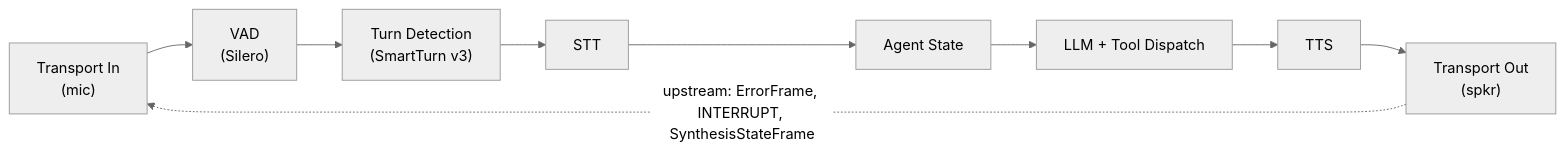
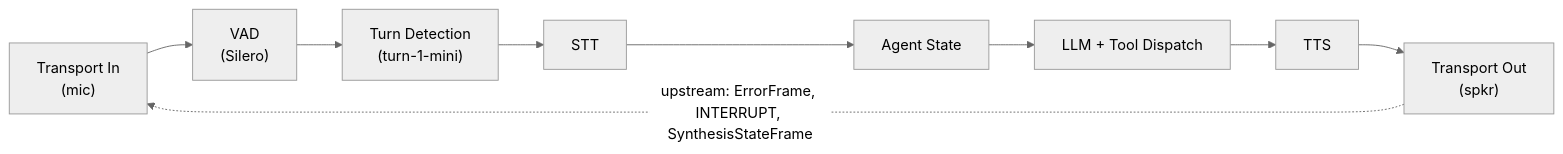
Before and after one commit to fatehmtd/VASDK: the diagram in docs/apps/pipeline.md, drawn with Mermaid (neutral theme). The commit also changed other lines of this file and 51 other files, not shown here.

Commit message:
feat(turn): turn-1-mini, a streaming end-of-turn model, preferred over SmartTurn (#24)

````diff
--- a/docs/apps/pipeline.md
+++ b/docs/apps/pipeline.md
@@ -7,5 +7,5 @@
 ```mermaid
 flowchart LR
-    TIn["Transport In<br/>(mic)"] --> VAD["VAD<br/>(Silero)"] --> Turn["Turn Detection<br/>(SmartTurn v3)"] --> STT --> Agent["Agent State"] --> LLM["LLM + Tool Dispatch"] --> TTS --> TOut["Transport Out<br/>(spkr)"]
+    TIn["Transport In<br/>(mic)"] --> VAD["VAD<br/>(Silero)"] --> Turn["Turn Detection<br/>(turn-1-mini)"] --> STT --> Agent["Agent State"] --> LLM["LLM + Tool Dispatch"] --> TTS --> TOut["Transport Out<br/>(spkr)"]
     TOut -.->|"upstream: ErrorFrame, INTERRUPT, SynthesisStateFrame"| TIn
 ```
````
